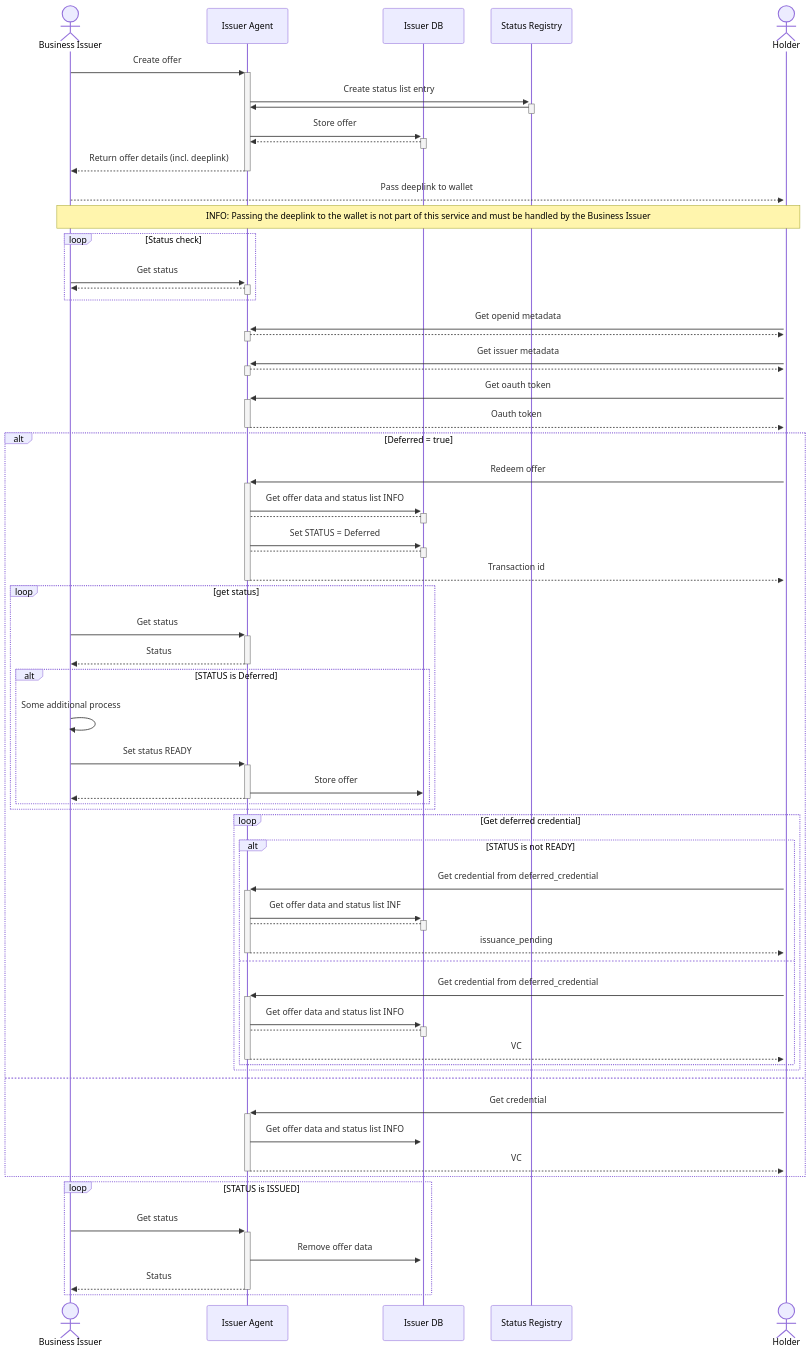
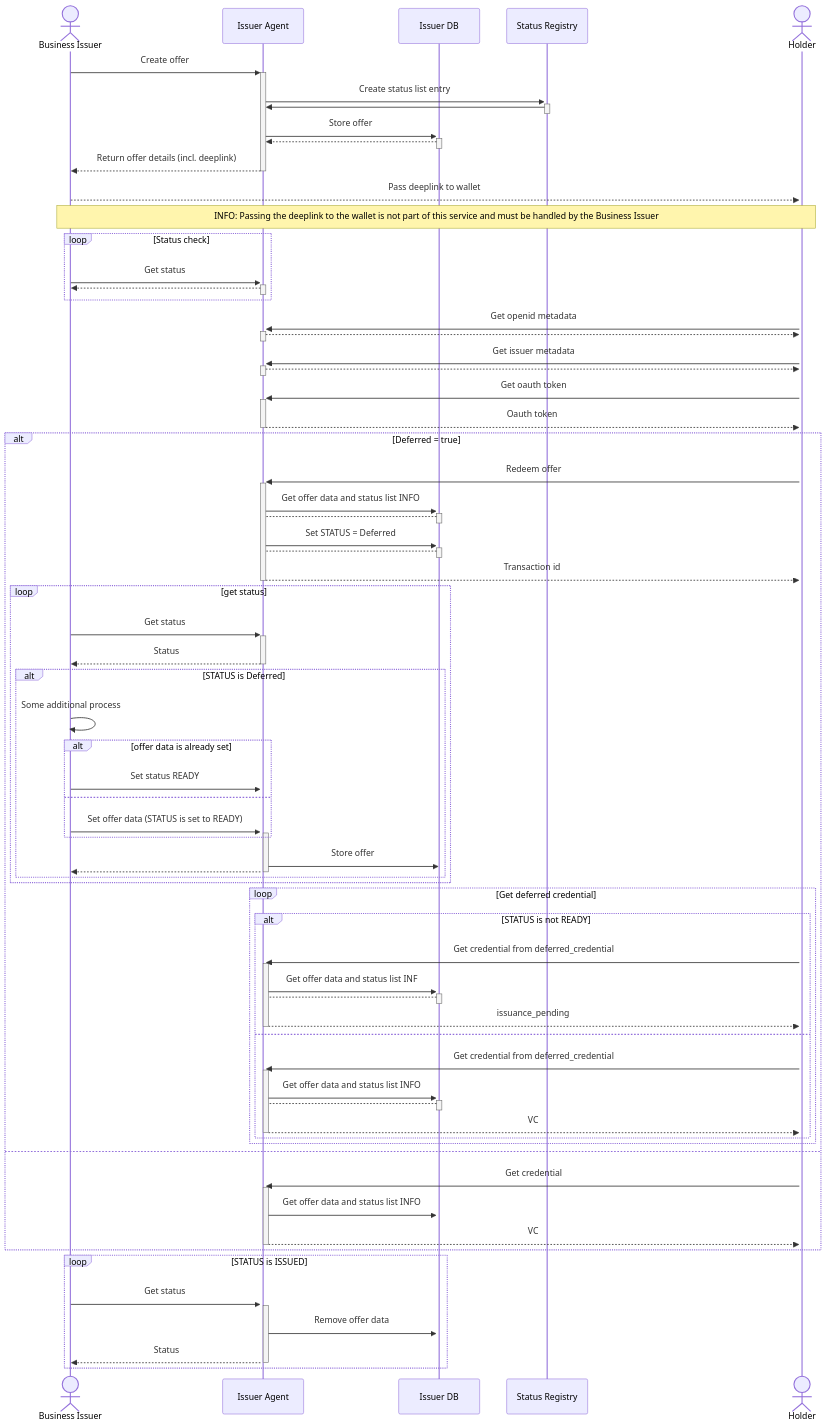
One commit to swiyu-admin-ch/swiyu-issuer changed the fourth of 5 diagrams in README.md. Above: the diagram before and after it, drawn with Mermaid. The commit also changed other lines of this file, not shown here.

````diff
--- a/README.md
+++ b/README.md
@@ -656,7 +659,11 @@
 
             alt STATUS is Deferred
                 BUSINESS->>BUSINESS : Some additional process
-                BUSINESS->>+ISS : Set status READY
+                alt offer data is already set
+                    BUSINESS->>+ISS : Set status READY
+                else
+                    BUSINESS->>+ISS : Set offer data (STATUS is set to READY)
+                end
                 ISS->>DB : Store offer
                 ISS-->>-BUSINESS : 
             end
@@ -686,5 +693,4 @@
         ISS->>+DB : Remove offer data
         ISS-->>-BUSINESS : Status
     end
-
 ```
````
